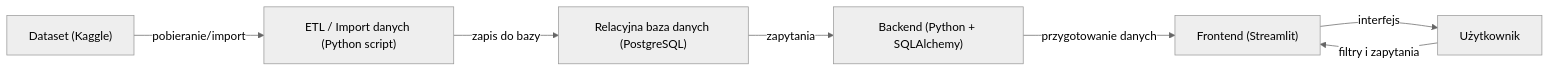
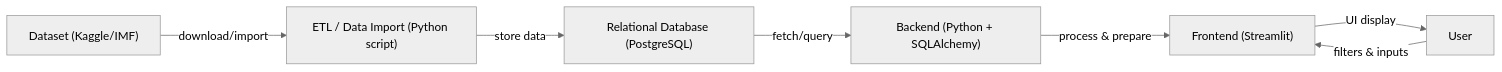
Before and after one commit to zacky111/Advanced_databases: the diagram in README.md, drawn with Mermaid (neutral theme). The commit also changed other lines of this file and 5 other files, not shown here.

````diff
--- a/README.md
+++ b/README.md
@@ -85,16 +135,16 @@
 ```mermaid
 graph LR
-    Dataset["Dataset (Kaggle)"]
-    ETL["ETL / Import danych (Python script)"]
-    Database["Relacyjna baza danych (PostgreSQL)"]
+    Dataset["Dataset (Kaggle/IMF)"]
+    ETL["ETL / Data Import (Python script)"]
+    Database["Relational Database (PostgreSQL)"]
     Backend["Backend (Python + SQLAlchemy)"]
     Frontend["Frontend (Streamlit)"]
-    User["Użytkownik"]
+    User["User"]
 
-    Dataset -- "pobieranie/import" --> ETL
-    ETL -- "zapis do bazy" --> Database
-    Database -- "zapytania" --> Backend
-    Backend -- "przygotowanie danych" --> Frontend
-    Frontend -- "interfejs" --> User
-    User -- "filtry i zapytania" --> Frontend
+    Dataset -- "download/import" --> ETL
+    ETL -- "store data" --> Database
+    Database -- "fetch/query" --> Backend
+    Backend -- "process & prepare" --> Frontend
+    Frontend -- "UI display" --> User
+    User -- "filters & inputs" --> Frontend
 ```
````
